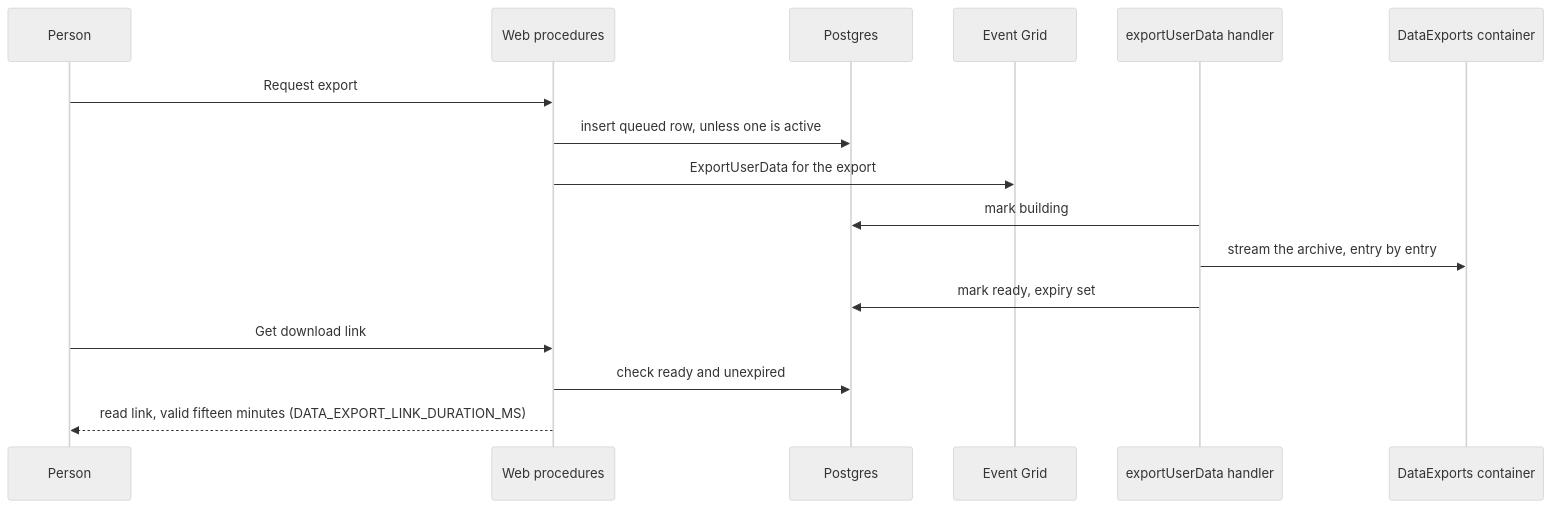
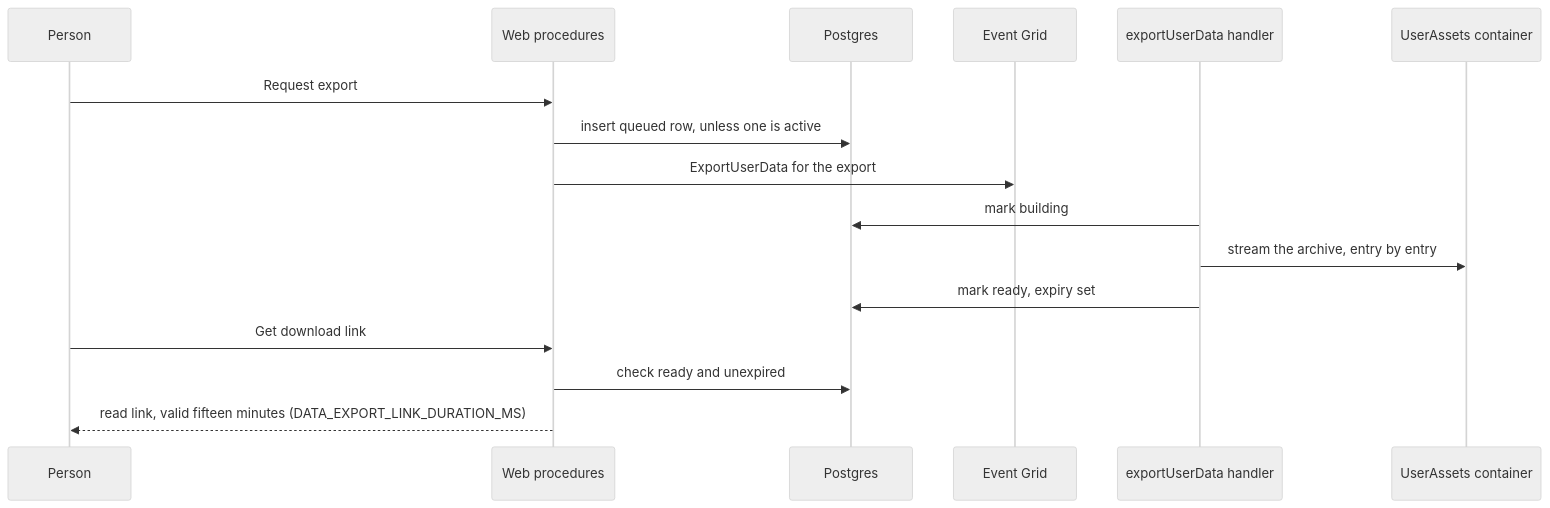
The diagram in openspec/specs/user/data-export/design.md (Esposter/Esposter), drawn with Mermaid (neutral theme) before and after one commit. The commit also changed 92 other files, not shown here.

````diff
--- a/openspec/specs/user/data-export/design.md
+++ b/openspec/specs/user/data-export/design.md
@@ -66,18 +66,18 @@
 ```mermaid
 sequenceDiagram
   participant Person
   participant Web as Web procedures
   participant DB as Postgres
   participant EG as Event Grid
   participant Handler as exportUserData handler
-  participant Blob as DataExports container
+  participant Blob as UserAssets container
   Person->>Web: Request export
   Web->>DB: insert queued row, unless one is active
   Web->>EG: ExportUserData for the export
   Handler->>DB: mark building
   Handler->>Blob: stream the archive, entry by entry
   Handler->>DB: mark ready, expiry set
   Person->>Web: Get download link
   Web->>DB: check ready and unexpired
   Web-->>Person: read link, valid fifteen minutes (DATA_EXPORT_LINK_DURATION_MS)
 ```
````
